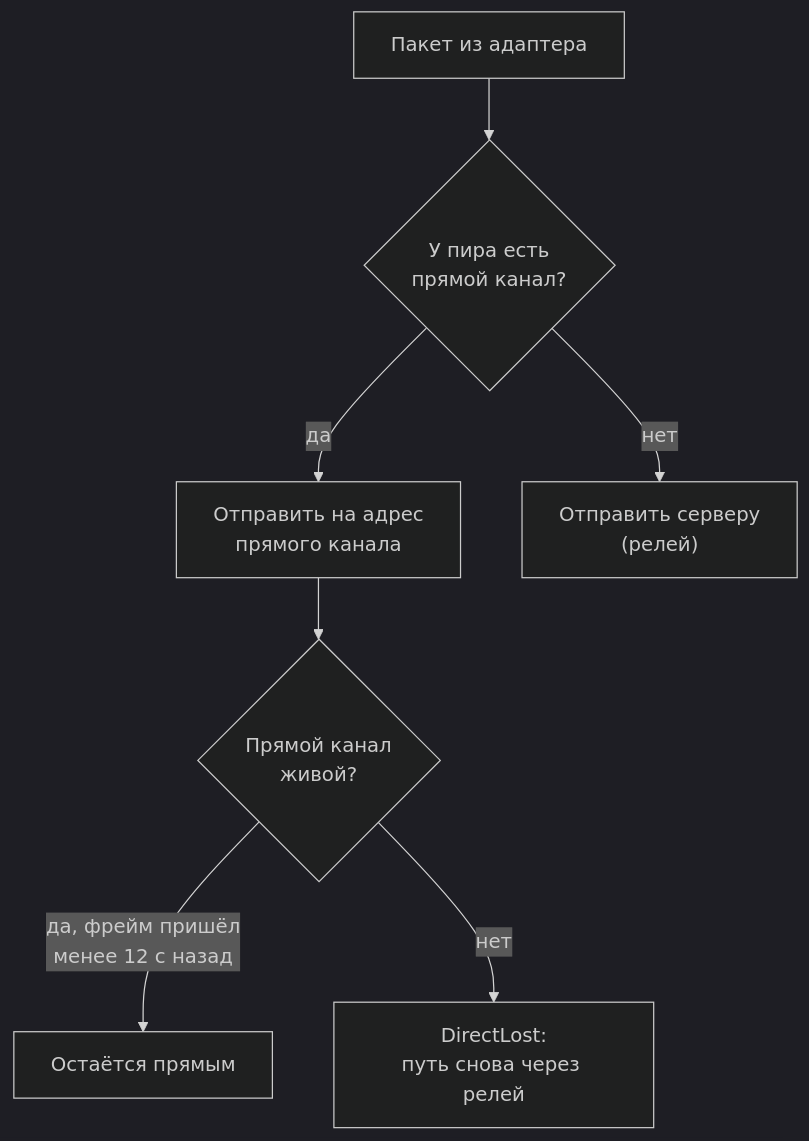
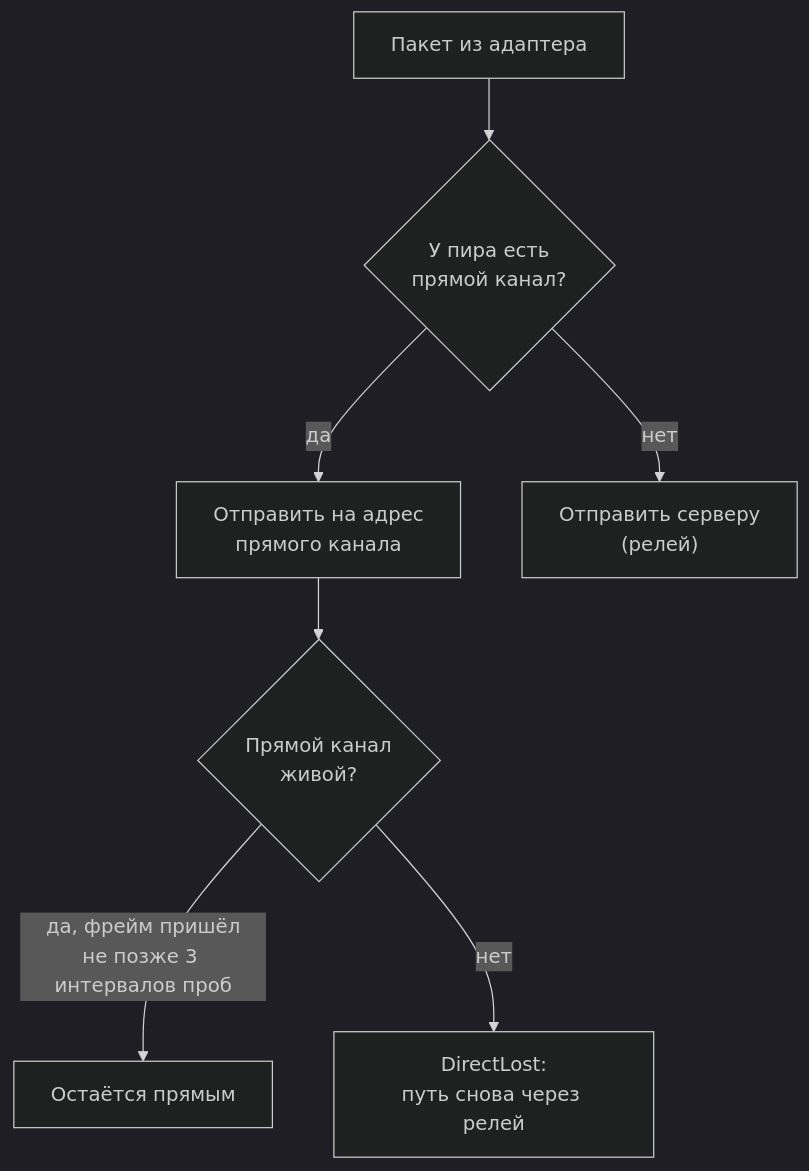
Before and after one commit to adamantida/VoidLink: the second of 3 diagrams in docs/NETWORKING.md, drawn with Mermaid (dark theme). The commit also changed other lines of this file and 3 other files, not shown here.

````diff
--- a/docs/NETWORKING.md
+++ b/docs/NETWORKING.md
@@ -75,9 +75,9 @@
 ```mermaid
 flowchart TD
     P["Пакет из адаптера"] --> Q{"У пира есть<br/>прямой канал?"}
     Q -- "да" --> D["Отправить на адрес<br/>прямого канала"]
     Q -- "нет" --> R["Отправить серверу<br/>(релей)"]
     D --> X{"Прямой канал<br/>живой?"}
-    X -- "да, фрейм пришёл<br/>менее 12 с назад" --> OK["Остаётся прямым"]
+    X -- "да, фрейм пришёл<br/>не позже 3 интервалов проб" --> OK["Остаётся прямым"]
     X -- "нет" --> L["DirectLost:<br/>путь снова через релей"]
 ```
````
